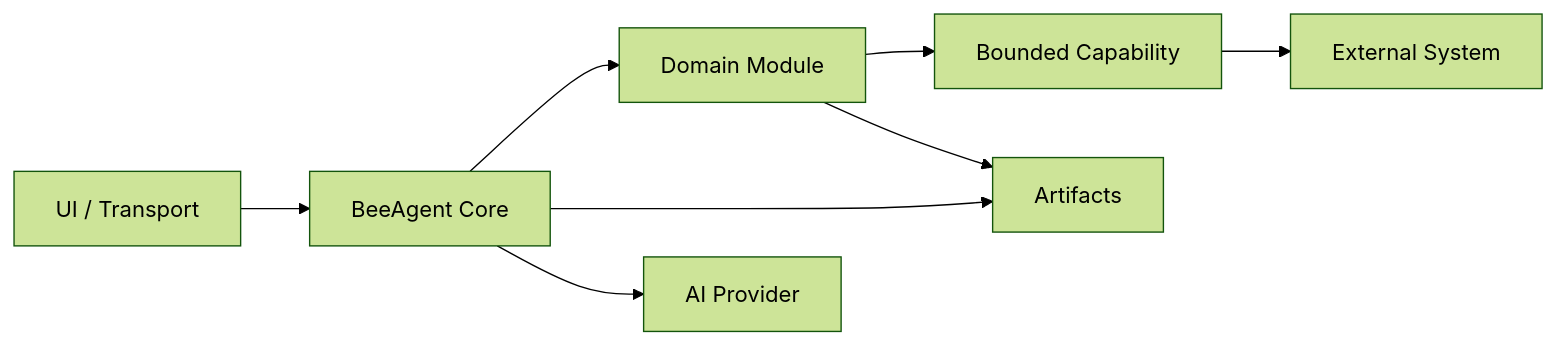
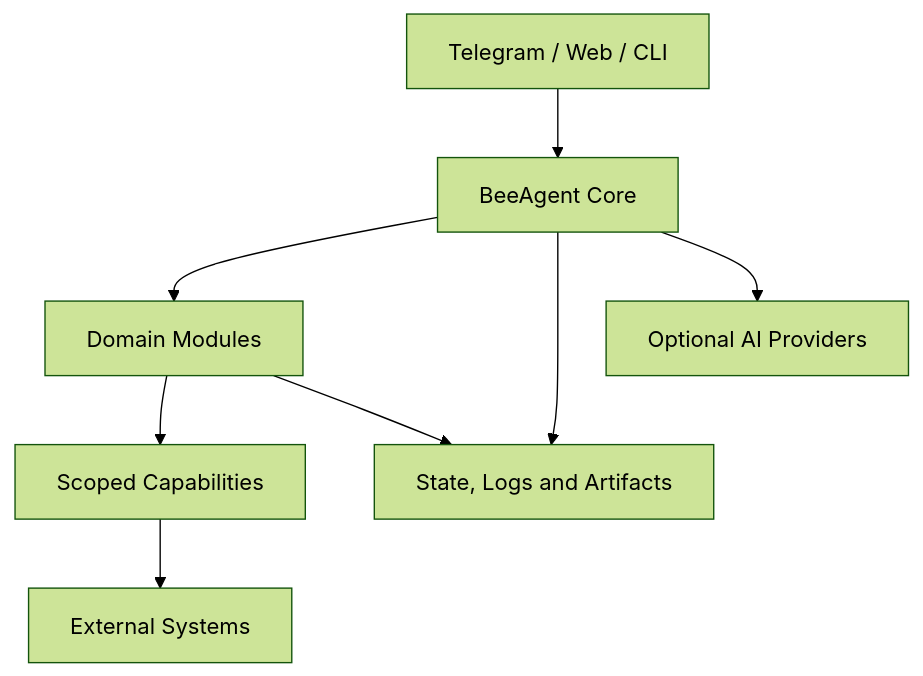
One commit to beesyst/beeagent changed the diagram in README.md. Above: the diagram before and after it, drawn with Mermaid (forest theme). The commit also changed other lines of this file, not shown here.

````diff
--- a/README.md
+++ b/README.md
@@ -51,20 +23,10 @@
 ```mermaid
-flowchart LR
-    UI[UI / Transport]
-    CORE[BeeAgent Core]
-    MODULE[Domain Module]
-    CAP[Bounded Capability]
-    SYSTEM[External System]
-    ART[Artifacts]
-    AI[AI Provider]
-
-    UI --> CORE
-    CORE --> MODULE
-    MODULE --> CAP
-    CAP --> SYSTEM
-
-    CORE --> ART
-    MODULE --> ART
-
-    CORE --> AI
+flowchart TD
+    UI["Telegram / Web / CLI"] --> CORE["BeeAgent Core"]
+    CORE --> MODULES["Domain Modules"]
+    MODULES --> CAP["Scoped Capabilities"]
+    CAP --> EXT["External Systems"]
+    CORE --> ART["State, Logs and Artifacts"]
+    MODULES --> ART
+    CORE --> AI["Optional AI Providers"]
 ```
````
